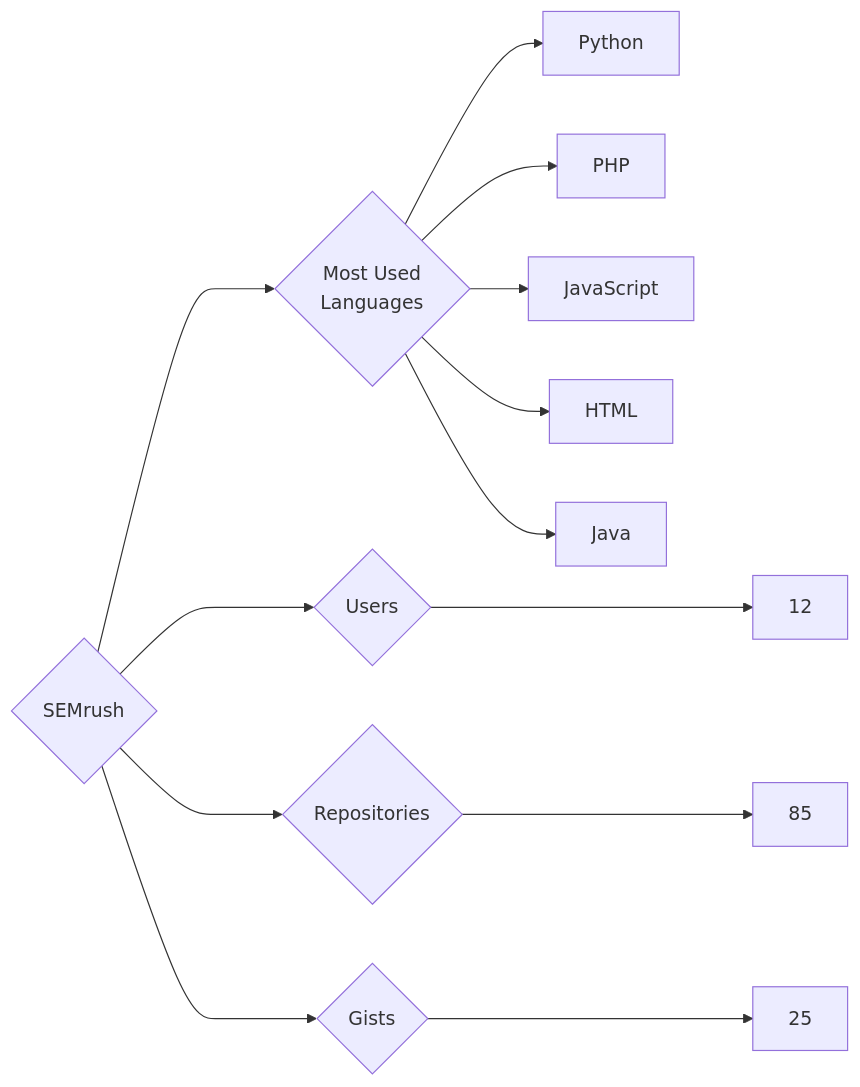
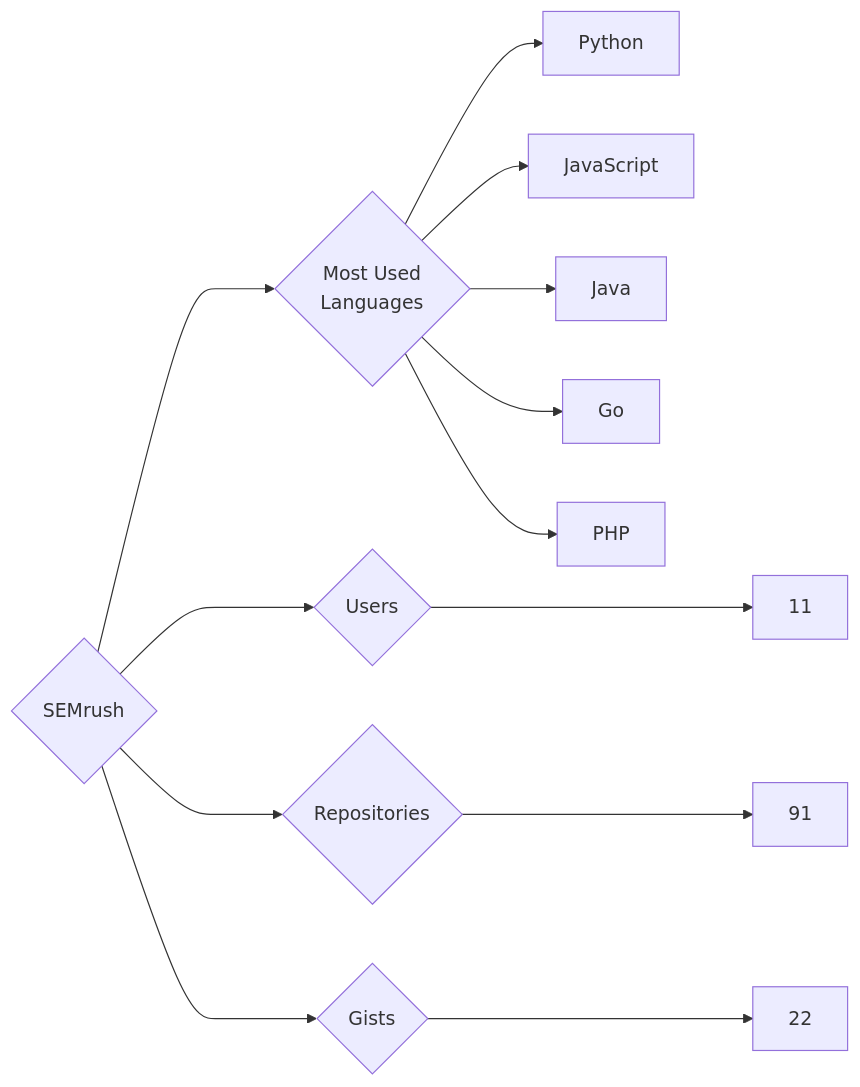
The diagram in targets/SEMrush/README.md (trickest/insiders), drawn with Mermaid before and after one commit. The commit also changed 969 other files, not shown here.

````diff
--- a/targets/SEMrush/README.md
+++ b/targets/SEMrush/README.md
@@ -3,13 +3,13 @@
 ```mermaid
 graph LR
 COMPANY_NAME{SEMrush}
-COMPANY_NAME ---> U{Users} ---> UN[12]
-COMPANY_NAME ---> R{Repositories} ---> RN[85]
-COMPANY_NAME ---> G{Gists} ---> GN[25]
+COMPANY_NAME ---> U{Users} ---> UN[11]
+COMPANY_NAME ---> R{Repositories} ---> RN[91]
+COMPANY_NAME ---> G{Gists} ---> GN[22]
 COMPANY_NAME ---> ML{Most Used<br>Languages}
 ML --> Python[Python]
+ML --> JavaScript[JavaScript]
+ML --> Java[Java]
+ML --> Go[Go]
 ML --> PHP[PHP]
-ML --> JavaScript[JavaScript]
-ML --> HTML[HTML]
-ML --> Java[Java]
 ```
````
